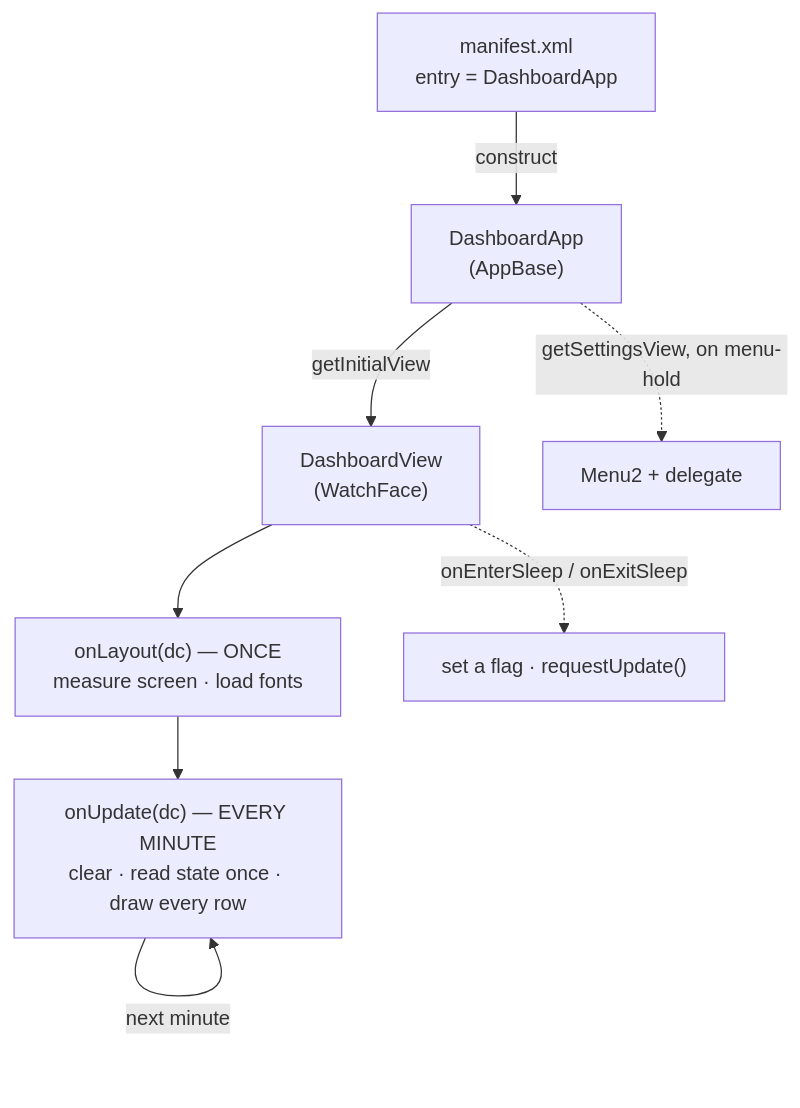
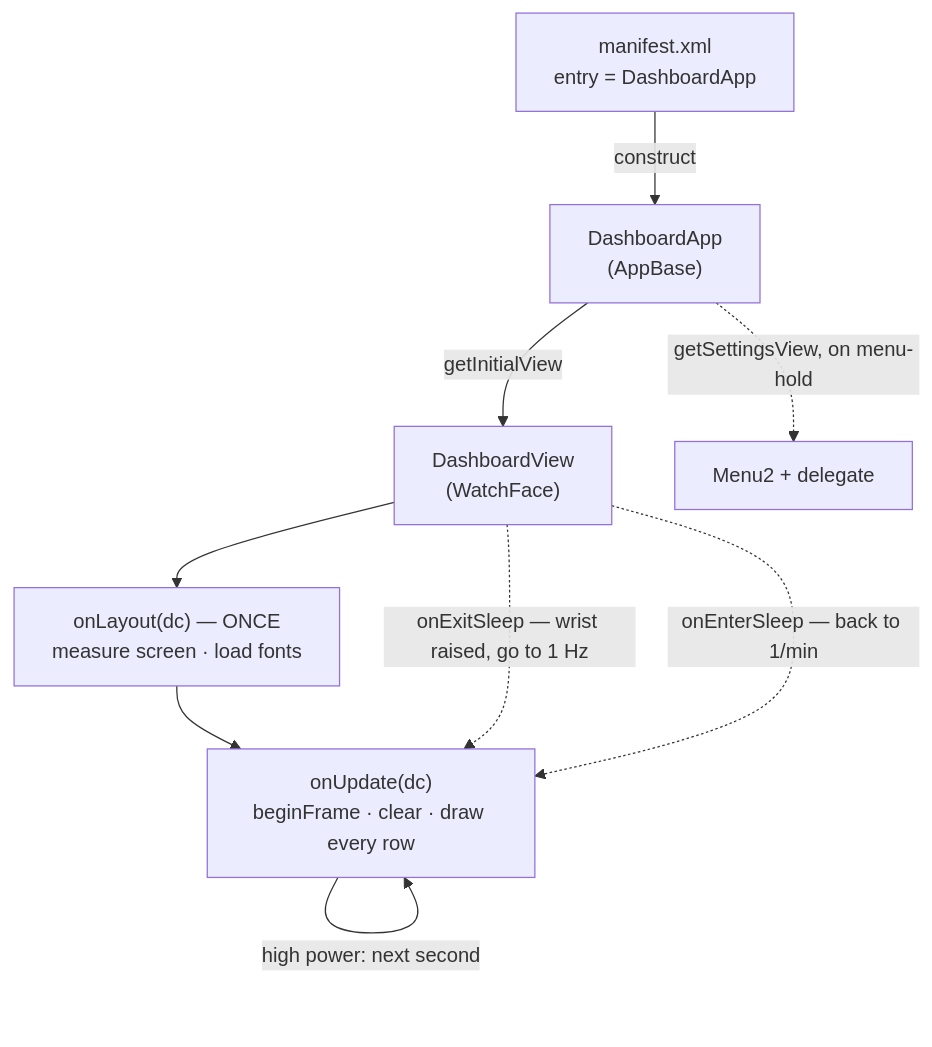
One commit to vvorth/garmin-watchface-protomolecule changed the first of 3 diagrams in docs/internals.md. Above: the diagram before and after it, drawn with Mermaid. The commit also changed other lines of this file and 8 other files, not shown here.

````diff
--- a/docs/internals.md
+++ b/docs/internals.md
@@ -77,10 +86,12 @@
 ```mermaid
 flowchart TD
     M["manifest.xml<br/>entry = DashboardApp"] -->|construct| A["DashboardApp<br/>(AppBase)"]
     A -->|getInitialView| V["DashboardView<br/>(WatchFace)"]
     V --> L["onLayout(dc) — ONCE<br/>measure screen · load fonts"]
-    L --> U["onUpdate(dc) — EVERY MINUTE<br/>clear · read state once · draw every row"]
-    U -->|next minute| U
-    V -.->|"onEnterSleep / onExitSleep"| S["set a flag · requestUpdate()"]
+    L --> U["onUpdate(dc)<br/>beginFrame · clear · draw every row"]
+    U -->|"low power: next minute"| U
+    U -->|"high power: next second"| U
+    V -.->|"onExitSleep — wrist raised, go to 1 Hz"| U
+    V -.->|"onEnterSleep — back to 1/min"| U
     A -.->|"getSettingsView, on menu-hold"| G["Menu2 + delegate"]
 ```
````
